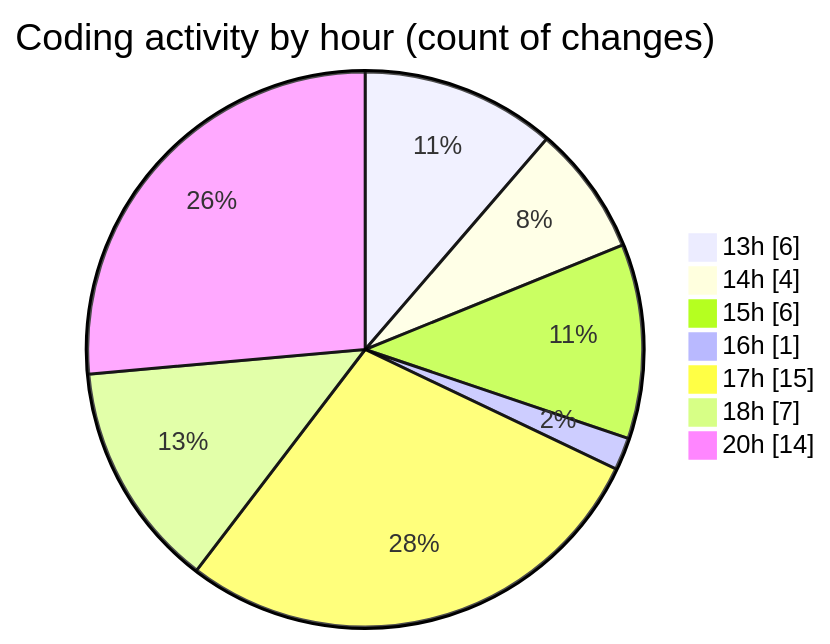
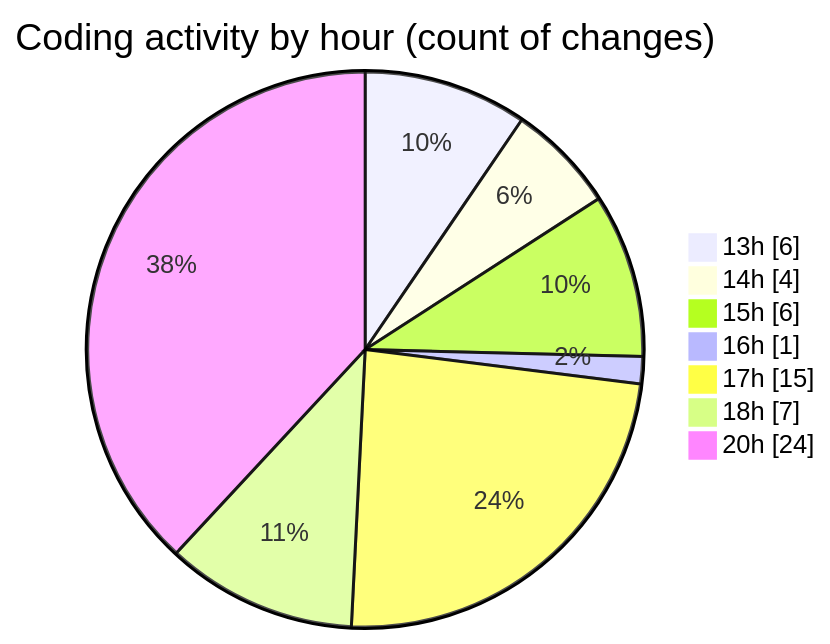
Before and after one commit to Elitesun/code-tracking: the second of 2 diagrams in 2025-05-17/niten/README.md, drawn with Mermaid. The commit also changed other lines of this file and 1 other file, not shown here.

````diff
--- a/2025-05-17/niten/README.md
+++ b/2025-05-17/niten/README.md
@@ -47,11 +50,11 @@
 ```mermaid
 pie showData
 title Coding activity by hour (count of changes)
 "13h" : 6
 "14h" : 4
 "15h" : 6
 "16h" : 1
 "17h" : 15
 "18h" : 7
-"20h" : 14
+"20h" : 24
 ```
````
